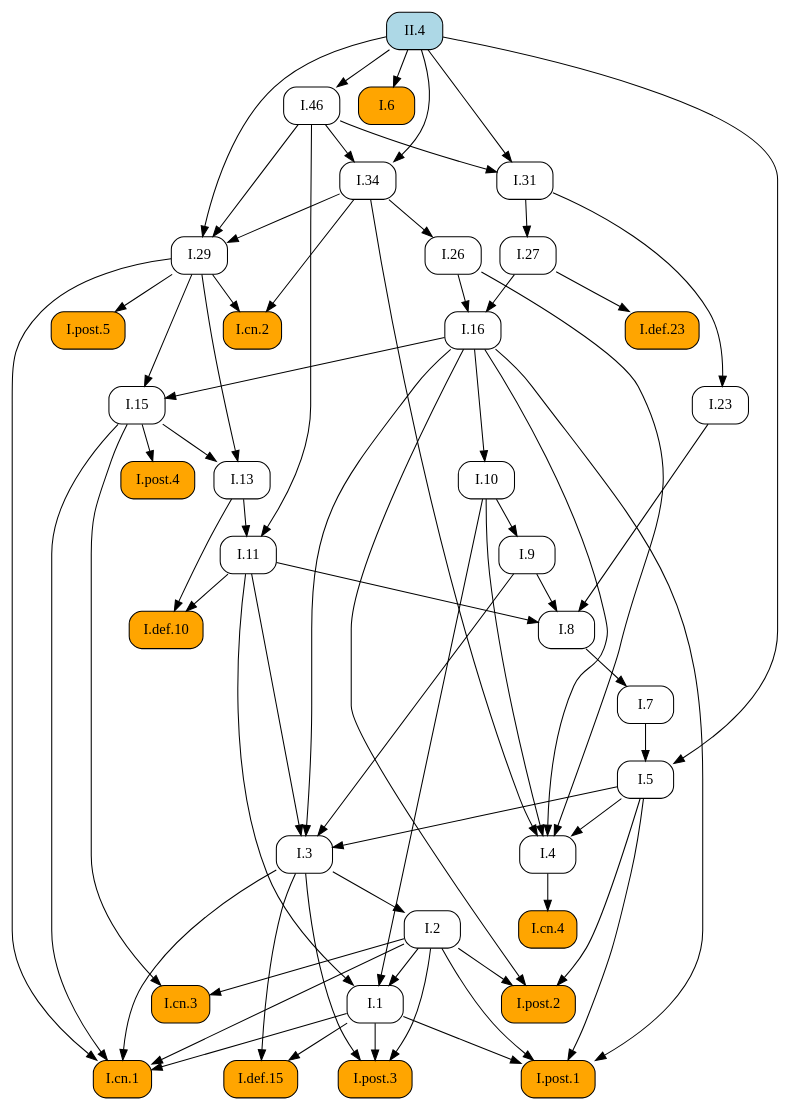
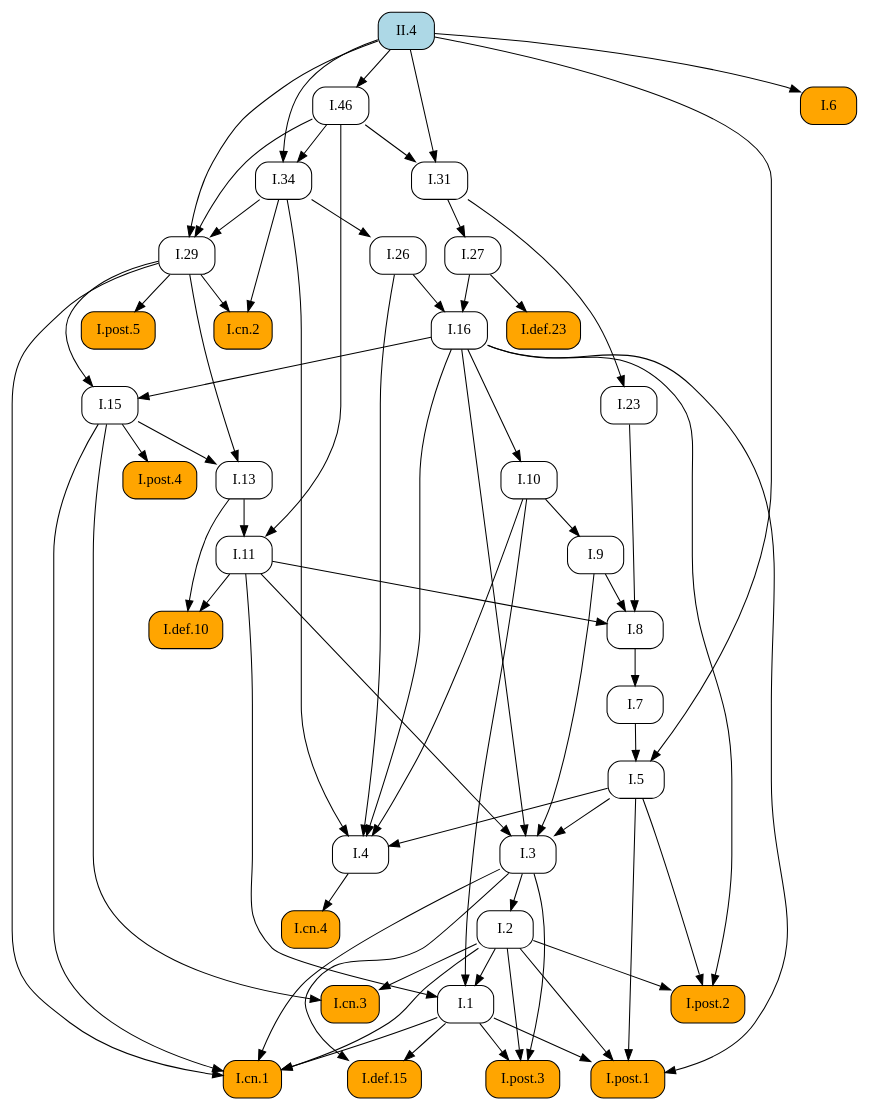
Before and after one commit to geometor/elements: the diagram in docsrc/heath/II/4/index.rst, drawn with Graphviz. The commit also changed other lines of this file and 1029 other files, not shown here.

```diff
--- a/docsrc/heath/II/4/index.rst
+++ b/docsrc/heath/II/4/index.rst
@@ -112,106 +112,106 @@
    digraph {
      rankdir="TB";
      node [shape=box, style=rounded];
+     "I.def.10" [style="rounded,filled", fillcolor=orange, URL="/heath/I/def.10/", target="_top"];
+     "I.11" [URL="/heath/I/11/", target="_top"];
+     "I.post.4" [style="rounded,filled", fillcolor=orange, URL="/heath/I/post.4/", target="_top"];
+     "I.1" [URL="/heath/I/1/", target="_top"];
+     "I.26" [URL="/heath/I/26/", target="_top"];
+     "I.29" [URL="/heath/I/29/", target="_top"];
+     "I.cn.2" [style="rounded,filled", fillcolor=orange, URL="/heath/I/cn.2/", target="_top"];
+     "I.def.15" [style="rounded,filled", fillcolor=orange, URL="/heath/I/def.15/", target="_top"];
+     "I.post.3" [style="rounded,filled", fillcolor=orange, URL="/heath/I/post.3/", target="_top"];
+     "I.cn.1" [style="rounded,filled", fillcolor=orange, URL="/heath/I/cn.1/", target="_top"];
      "I.cn.3" [style="rounded,filled", fillcolor=orange, URL="/heath/I/cn.3/", target="_top"];
-     "I.29" [URL="/heath/I/29/", target="_top"];
+     "I.23" [URL="/heath/I/23/", target="_top"];
+     "I.post.1" [style="rounded,filled", fillcolor=orange, URL="/heath/I/post.1/", target="_top"];
+     "I.27" [URL="/heath/I/27/", target="_top"];
+     "I.46" [URL="/heath/I/46/", target="_top"];
      "I.7" [URL="/heath/I/7/", target="_top"];
-     "I.27" [URL="/heath/I/27/", target="_top"];
+     "I.34" [URL="/heath/I/34/", target="_top"];
+     "I.6" [style="rounded,filled", fillcolor=orange, URL="/heath/I/6/", target="_top"];
+     "I.3" [URL="/heath/I/3/", target="_top"];
+     "I.2" [URL="/heath/I/2/", target="_top"];
+     "I.4" [URL="/heath/I/4/", target="_top"];
      "I.def.23" [style="rounded,filled", fillcolor=orange, URL="/heath/I/def.23/", target="_top"];
-     "I.34" [URL="/heath/I/34/", target="_top"];
+     "I.13" [URL="/heath/I/13/", target="_top"];
+     "II.4" [style="rounded,filled", fillcolor=lightblue, URL="/heath/II/4/", target="_top"];
+     "I.post.2" [style="rounded,filled", fillcolor=orange, URL="/heath/I/post.2/", target="_top"];
+     "I.31" [URL="/heath/I/31/", target="_top"];
+     "I.16" [URL="/heath/I/16/", target="_top"];
+     "I.9" [URL="/heath/I/9/", target="_top"];
      "I.8" [URL="/heath/I/8/", target="_top"];
-     "I.9" [URL="/heath/I/9/", target="_top"];
-     "I.post.4" [style="rounded,filled", fillcolor=orange, URL="/heath/I/post.4/", target="_top"];
-     "I.2" [URL="/heath/I/2/", target="_top"];
-     "I.def.15" [style="rounded,filled", fillcolor=orange, URL="/heath/I/def.15/", target="_top"];
-     "I.1" [URL="/heath/I/1/", target="_top"];
-     "I.post.1" [style="rounded,filled", fillcolor=orange, URL="/heath/I/post.1/", target="_top"];
      "I.cn.4" [style="rounded,filled", fillcolor=orange, URL="/heath/I/cn.4/", target="_top"];
-     "I.26" [URL="/heath/I/26/", target="_top"];
-     "I.23" [URL="/heath/I/23/", target="_top"];
-     "I.13" [URL="/heath/I/13/", target="_top"];
-     "I.6" [style="rounded,filled", fillcolor=orange, URL="/heath/I/6/", target="_top"];
-     "I.cn.2" [style="rounded,filled", fillcolor=orange, URL="/heath/I/cn.2/", target="_top"];
+     "I.15" [URL="/heath/I/15/", target="_top"];
+     "I.post.5" [style="rounded,filled", fillcolor=orange, URL="/heath/I/post.5/", target="_top"];
+     "I.10" [URL="/heath/I/10/", target="_top"];
      "I.5" [URL="/heath/I/5/", target="_top"];
-     "I.11" [URL="/heath/I/11/", target="_top"];
-     "I.10" [URL="/heath/I/10/", target="_top"];
-     "I.4" [URL="/heath/I/4/", target="_top"];
-     "I.3" [URL="/heath/I/3/", target="_top"];
-     "I.16" [URL="/heath/I/16/", target="_top"];
-     "I.31" [URL="/heath/I/31/", target="_top"];
-     "II.4" [style="rounded,filled", fillcolor=lightblue, URL="/heath/II/4/", target="_top"];
-     "I.def.10" [style="rounded,filled", fillcolor=orange, URL="/heath/I/def.10/", target="_top"];
-     "I.46" [URL="/heath/I/46/", target="_top"];
-     "I.post.2" [style="rounded,filled", fillcolor=orange, URL="/heath/I/post.2/", target="_top"];
-     "I.post.3" [style="rounded,filled", fillcolor=orange, URL="/heath/I/post.3/", target="_top"];
-     "I.post.5" [style="rounded,filled", fillcolor=orange, URL="/heath/I/post.5/", target="_top"];
-     "I.15" [URL="/heath/I/15/", target="_top"];
-     "I.cn.1" [style="rounded,filled", fillcolor=orange, URL="/heath/I/cn.1/", target="_top"];
-     "I.2" -> "I.cn.3";
-     "I.15" -> "I.cn.3";
+     "I.11" -> "I.def.10";
+     "I.13" -> "I.def.10";
+     "I.13" -> "I.11";
+     "I.46" -> "I.11";
+     "I.15" -> "I.post.4";
+     "I.2" -> "I.1";
+     "I.10" -> "I.1";
+     "I.11" -> "I.1";
+     "I.34" -> "I.26";
      "I.34" -> "I.29";
      "I.46" -> "I.29";
      "II.4" -> "I.29";
-     "I.8" -> "I.7";
-     "I.31" -> "I.27";
-     "I.27" -> "I.def.23";
-     "I.46" -> "I.34";
-     "II.4" -> "I.34";
-     "I.9" -> "I.8";
-     "I.11" -> "I.8";
-     "I.23" -> "I.8";
-     "I.10" -> "I.9";
-     "I.15" -> "I.post.4";
-     "I.3" -> "I.2";
+     "I.29" -> "I.cn.2";
+     "I.34" -> "I.cn.2";
      "I.1" -> "I.def.15";
      "I.3" -> "I.def.15";
-     "I.2" -> "I.1";
-     "I.10" -> "I.1";
-     "I.11" -> "I.1";
+     "I.1" -> "I.post.3";
+     "I.2" -> "I.post.3";
+     "I.3" -> "I.post.3";
+     "I.1" -> "I.cn.1";
+     "I.2" -> "I.cn.1";
+     "I.3" -> "I.cn.1";
+     "I.15" -> "I.cn.1";
+     "I.29" -> "I.cn.1";
+     "I.2" -> "I.cn.3";
+     "I.15" -> "I.cn.3";
+     "I.31" -> "I.23";
      "I.1" -> "I.post.1";
      "I.2" -> "I.post.1";
      "I.5" -> "I.post.1";
      "I.16" -> "I.post.1";
-     "I.4" -> "I.cn.4";
-     "I.34" -> "I.26";
-     "I.31" -> "I.23";
-     "I.15" -> "I.13";
-     "I.29" -> "I.13";
+     "I.31" -> "I.27";
+     "II.4" -> "I.46";
+     "I.8" -> "I.7";
+     "I.46" -> "I.34";
+     "II.4" -> "I.34";
      "II.4" -> "I.6";
-     "I.29" -> "I.cn.2";
-     "I.34" -> "I.cn.2";
-     "I.7" -> "I.5";
-     "II.4" -> "I.5";
-     "I.13" -> "I.11";
-     "I.46" -> "I.11";
-     "I.16" -> "I.10";
+     "I.5" -> "I.3";
+     "I.9" -> "I.3";
+     "I.11" -> "I.3";
+     "I.16" -> "I.3";
+     "I.3" -> "I.2";
      "I.5" -> "I.4";
      "I.10" -> "I.4";
      "I.16" -> "I.4";
      "I.26" -> "I.4";
      "I.34" -> "I.4";
-     "I.5" -> "I.3";
-     "I.9" -> "I.3";
-     "I.11" -> "I.3";
-     "I.16" -> "I.3";
-     "I.26" -> "I.16";
-     "I.27" -> "I.16";
-     "I.46" -> "I.31";
-     "II.4" -> "I.31";
-     "I.11" -> "I.def.10";
-     "I.13" -> "I.def.10";
-     "II.4" -> "I.46";
+     "I.27" -> "I.def.23";
+     "I.15" -> "I.13";
+     "I.29" -> "I.13";
      "I.2" -> "I.post.2";
      "I.5" -> "I.post.2";
      "I.16" -> "I.post.2";
-     "I.1" -> "I.post.3";
-     "I.2" -> "I.post.3";
-     "I.3" -> "I.post.3";
-     "I.29" -> "I.post.5";
+     "I.46" -> "I.31";
+     "II.4" -> "I.31";
+     "I.26" -> "I.16";
+     "I.27" -> "I.16";
+     "I.10" -> "I.9";
+     "I.9" -> "I.8";
+     "I.11" -> "I.8";
+     "I.23" -> "I.8";
+     "I.4" -> "I.cn.4";
      "I.16" -> "I.15";
      "I.29" -> "I.15";
-     "I.1" -> "I.cn.1";
-     "I.2" -> "I.cn.1";
-     "I.3" -> "I.cn.1";
-     "I.15" -> "I.cn.1";
-     "I.29" -> "I.cn.1";
+     "I.29" -> "I.post.5";
+     "I.16" -> "I.10";
+     "I.7" -> "I.5";
+     "II.4" -> "I.5";
    }
```
